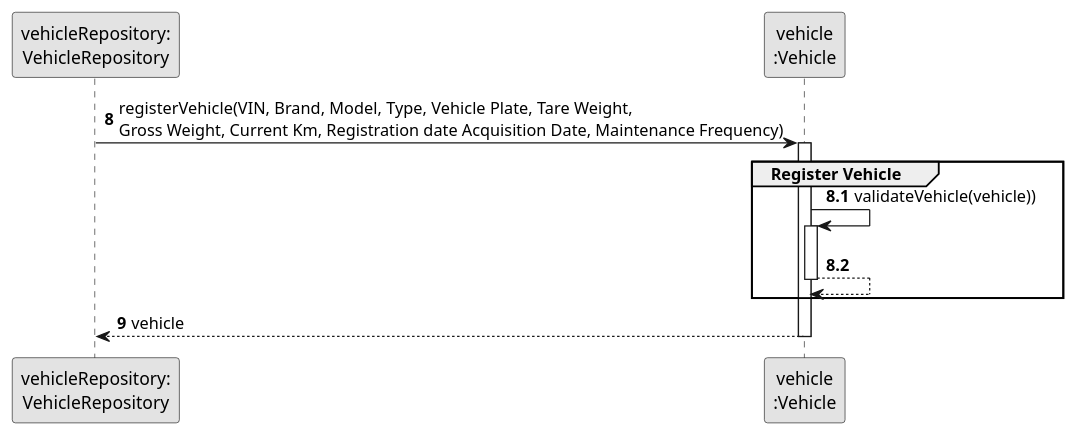
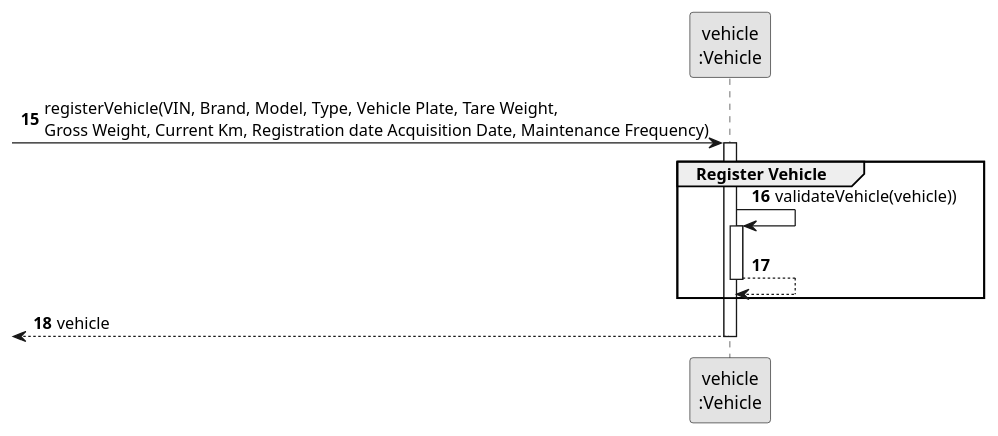
One commit to ricardomm7/leaflink changed the diagram in docs/sprintC/us006/03.design/puml/us006-sequence-diagram-partial-register-vehicle.puml. Above: the diagram before and after it, drawn with PlantUML. The commit also changed 12 other files, not shown here.

```diff
--- a/docs/sprintC/us006/03.design/puml/us006-sequence-diagram-partial-register-vehicle.puml
+++ b/docs/sprintC/us006/03.design/puml/us006-sequence-diagram-partial-register-vehicle.puml
@@ -1,33 +1,26 @@
 @startuml
 skinparam monochrome true
 skinparam packageStyle rectangle
 skinparam shadowing false
 
-participant "vehicleRepository:\nVehicleRepository" as VehicleRepository
 participant "vehicle\n:Vehicle" as VEI
 
-autonumber 8
-            VehicleRepository -> VEI: registerVehicle(VIN, Brand, Model, Type, Vehicle Plate, Tare Weight, \nGross Weight, Current Km, Registration date Acquisition Date, Maintenance Frequency)
+autonumber 15
+ -> VEI: registerVehicle(VIN, Brand, Model, Type, Vehicle Plate, Tare Weight, \nGross Weight, Current Km, Registration date Acquisition Date, Maintenance Frequency)
 
 activate VEI
     group Register Vehicle
-    autonumber 8.1
 
+        VEI -> VEI: validateVehicle(vehicle))
+        activate VEI
 
-                              VEI -> VEI: validateVehicle(vehicle))
-                              activate VEI
-
-                              VEI --> VEI
-                              deactivate VEI
-
-
-
+        VEI --> VEI
+        deactivate VEI
 
     end
 
-autonumber 9
-    VEI --> VehicleRepository: vehicle
+    <-- VEI : vehicle
 deactivate VEI
 
 
 @enduml
```
